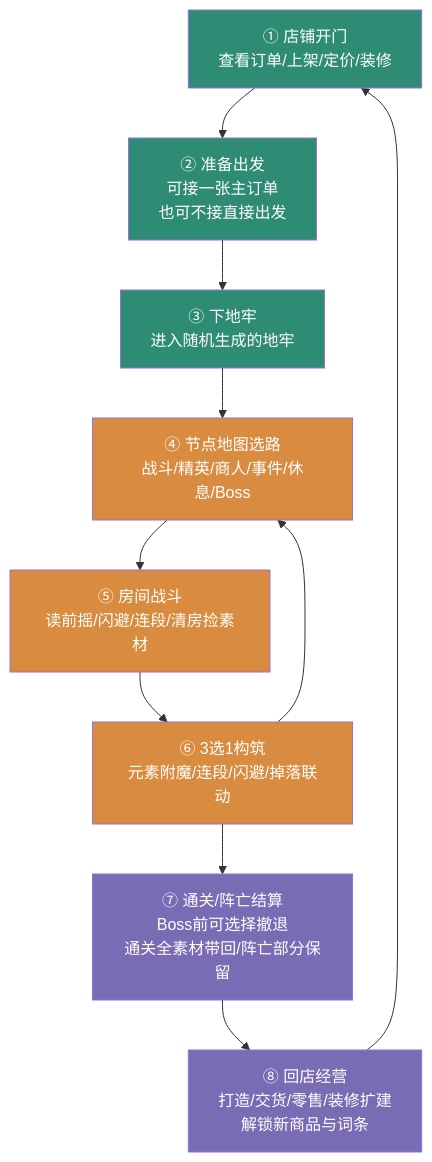
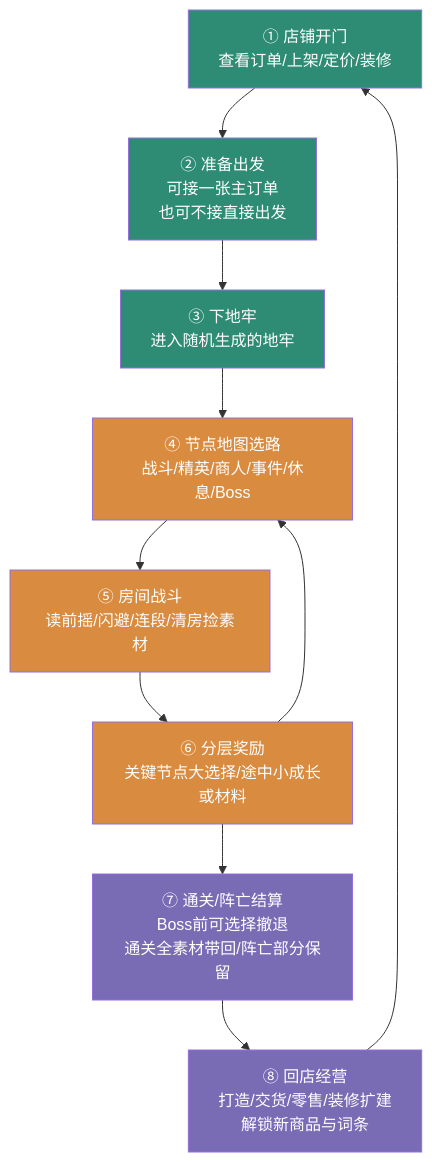
The diagram in 小熊猫的小店-项目玩法说明书.md (niubi666-ui/little-panda-s-shop), drawn with Mermaid before and after one commit. The commit also changed other lines of this file and 1592 other files, not shown here.

````diff
--- a/小熊猫的小店-项目玩法说明书.md
+++ b/小熊猫的小店-项目玩法说明书.md
@@ -72,20 +72,20 @@
 ```mermaid
 flowchart TD
     A[① 店铺开门<br/>查看订单/上架/定价/装修] --> B[② 准备出发<br/>可接一张主订单<br/>也可不接直接出发]
     B --> C[③ 下地牢<br/>进入随机生成的地牢]
     C --> D[④ 节点地图选路<br/>战斗/精英/商人/事件/休息/Boss]
     D --> E[⑤ 房间战斗<br/>读前摇/闪避/连段/清房捡素材]
-    E --> F[⑥ 3选1构筑<br/>元素附魔/连段/闪避/掉落联动]
+    E --> F[⑥ 分层奖励<br/>关键节点大选择/途中小成长或材料]
     F --> D
     F --> G[⑦ 通关/阵亡结算<br/>Boss前可选择撤退<br/>通关全素材带回/阵亡部分保留]
     G --> H[⑧ 回店经营<br/>打造/交货/零售/装修扩建<br/>解锁新商品与词条]
     H --> A
     style A fill:#2e8b74,color:#fff
     style B fill:#2e8b74,color:#fff
     style C fill:#2e8b74,color:#fff
     style H fill:#7a6bb5,color:#fff
     style D fill:#d98b3f,color:#fff
     style E fill:#d98b3f,color:#fff
     style F fill:#d98b3f,color:#fff
     style G fill:#7a6bb5,color:#fff
 ```
````
